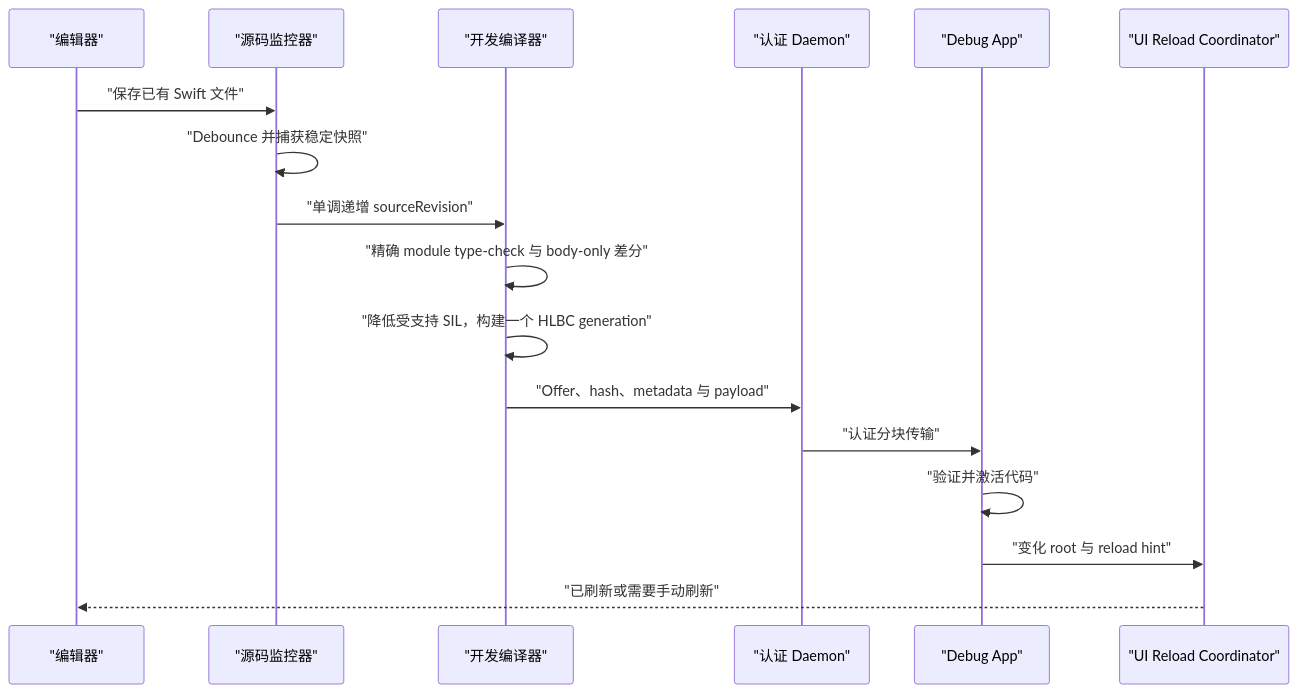
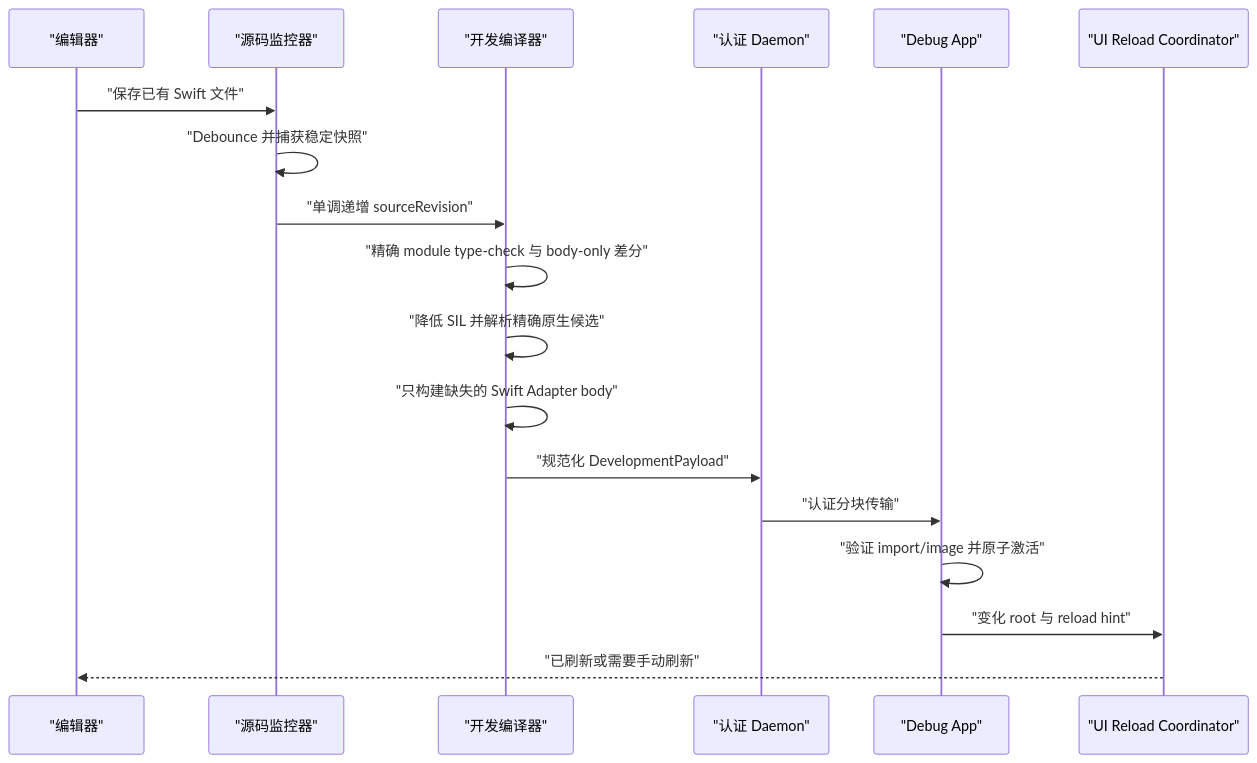
One commit to TangentW/Helix changed the diagram in Docs/Development-Live-Reload.zh-CN.md. Above: the diagram before and after it, drawn with Mermaid. The commit also changed other lines of this file and 91 other files, not shown here.

````diff
--- a/Docs/Development-Live-Reload.zh-CN.md
+++ b/Docs/Development-Live-Reload.zh-CN.md
@@ -31,20 +33,21 @@
 ```mermaid
 sequenceDiagram
     participant E as "编辑器"
     participant M as "源码监控器"
     participant C as "开发编译器"
     participant D as "认证 Daemon"
     participant A as "Debug App"
     participant U as "UI Reload Coordinator"
 
     E->>M: "保存已有 Swift 文件"
     M->>M: "Debounce 并捕获稳定快照"
     M->>C: "单调递增 sourceRevision"
     C->>C: "精确 module type-check 与 body-only 差分"
-    C->>C: "降低受支持 SIL，构建一个 HLBC generation"
-    C->>D: "Offer、hash、metadata 与 payload"
+    C->>C: "降低 SIL 并解析精确原生候选"
+    C->>C: "只构建缺失的 Swift Adapter body"
+    C->>D: "规范化 DevelopmentPayload"
     D->>A: "认证分块传输"
-    A->>A: "验证并激活代码"
+    A->>A: "验证 import/image 并原子激活"
     A->>U: "变化 root 与 reload hint"
     U-->>E: "已刷新或需要手动刷新"
 ```
````
